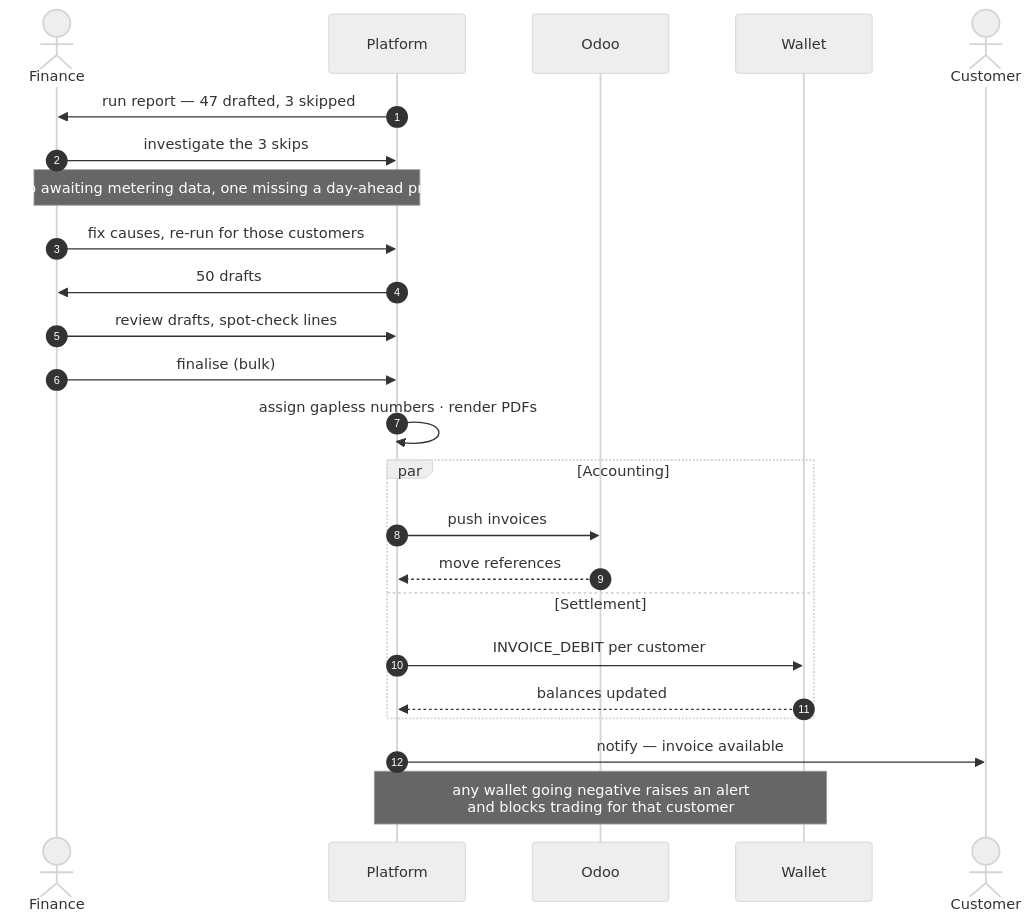
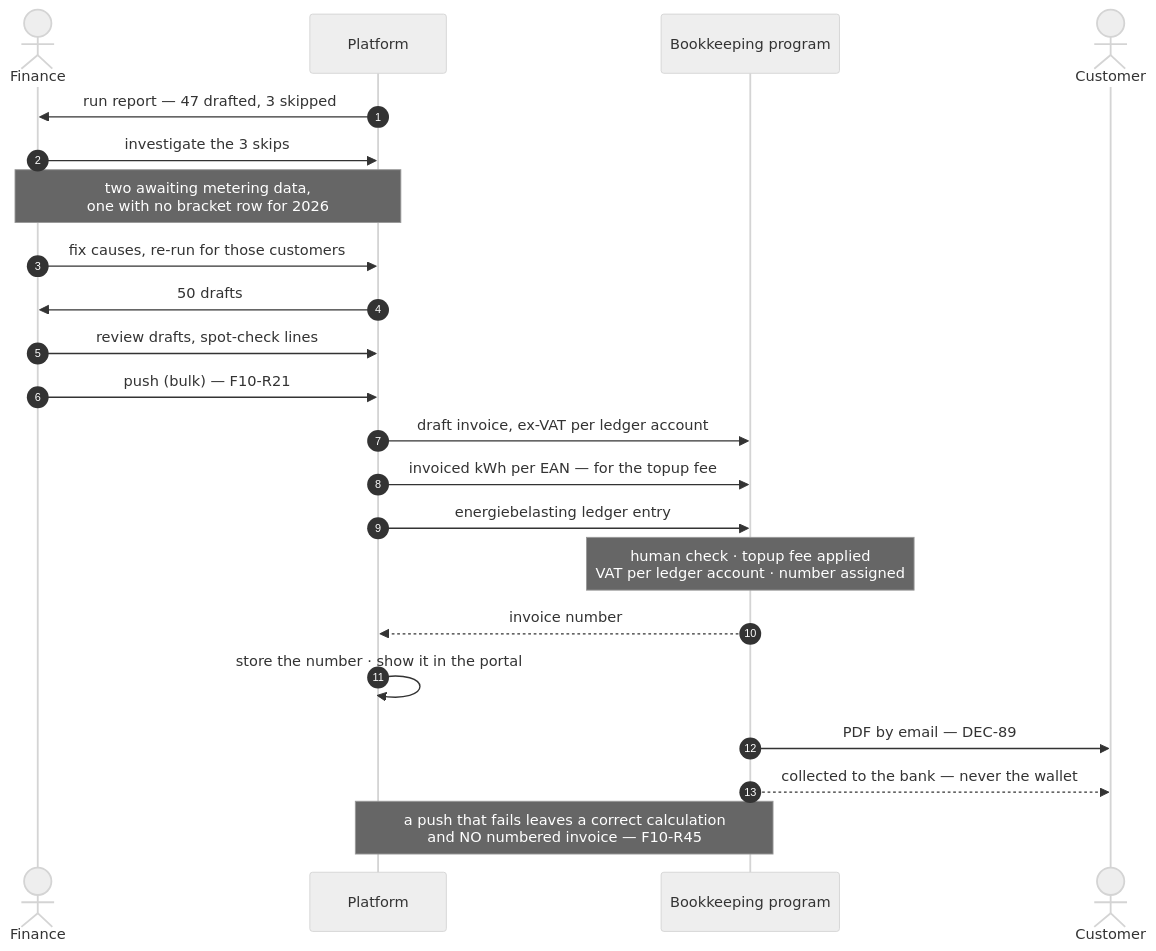
The third of 4 diagrams in specs/40-processes/04-monthly-invoicing.md (lukastosic-ifd/peakpowerspecs), drawn with Mermaid (neutral theme) before and after one commit. The commit also changed other lines of this file and 66 other files, not shown here.

````diff
--- a/specs/40-processes/04-monthly-invoicing.md
+++ b/specs/40-processes/04-monthly-invoicing.md
@@ -159,30 +342,28 @@
 ```mermaid
 sequenceDiagram
     autonumber
     actor F as Finance
     participant P as Platform
-    participant O as Odoo
-    participant W as Wallet
+    participant B as Bookkeeping program
     actor C as Customer
 
     P->>F: run report — 47 drafted, 3 skipped
     F->>P: investigate the 3 skips
-    Note over F,P: two awaiting metering data, one missing a day-ahead price
+    Note over F,P: two awaiting metering data,<br/>one with no bracket row for 2026
     F->>P: fix causes, re-run for those customers
     P->>F: 50 drafts
 
     F->>P: review drafts, spot-check lines
-    F->>P: finalise (bulk)
-    P->>P: assign gapless numbers · render PDFs
+    F->>P: push (bulk) — F10-R21
+    P->>B: draft invoice, ex-VAT per ledger account
+    P->>B: invoiced kWh per EAN — for the topup fee
+    P->>B: energiebelasting ledger entry
 
-    par Accounting
-        P->>O: push invoices
-        O-->>P: move references
-    and Settlement
-        P->>W: INVOICE_DEBIT per customer
-        W-->>P: balances updated
-    end
+    Note over B: human check · topup fee applied<br/>VAT per ledger account · number assigned
+    B-->>P: invoice number
+    P->>P: store the number · show it in the portal
+    B->>C: PDF by email — DEC-89
+    B-->>C: collected to the bank — never the wallet
 
-    P->>C: notify — invoice available
-    Note over P,W: any wallet going negative raises an alert<br/>and blocks trading for that customer
+    Note over P,B: a push that fails leaves a correct calculation<br/>and NO numbered invoice — F10-R45
 ```
````
